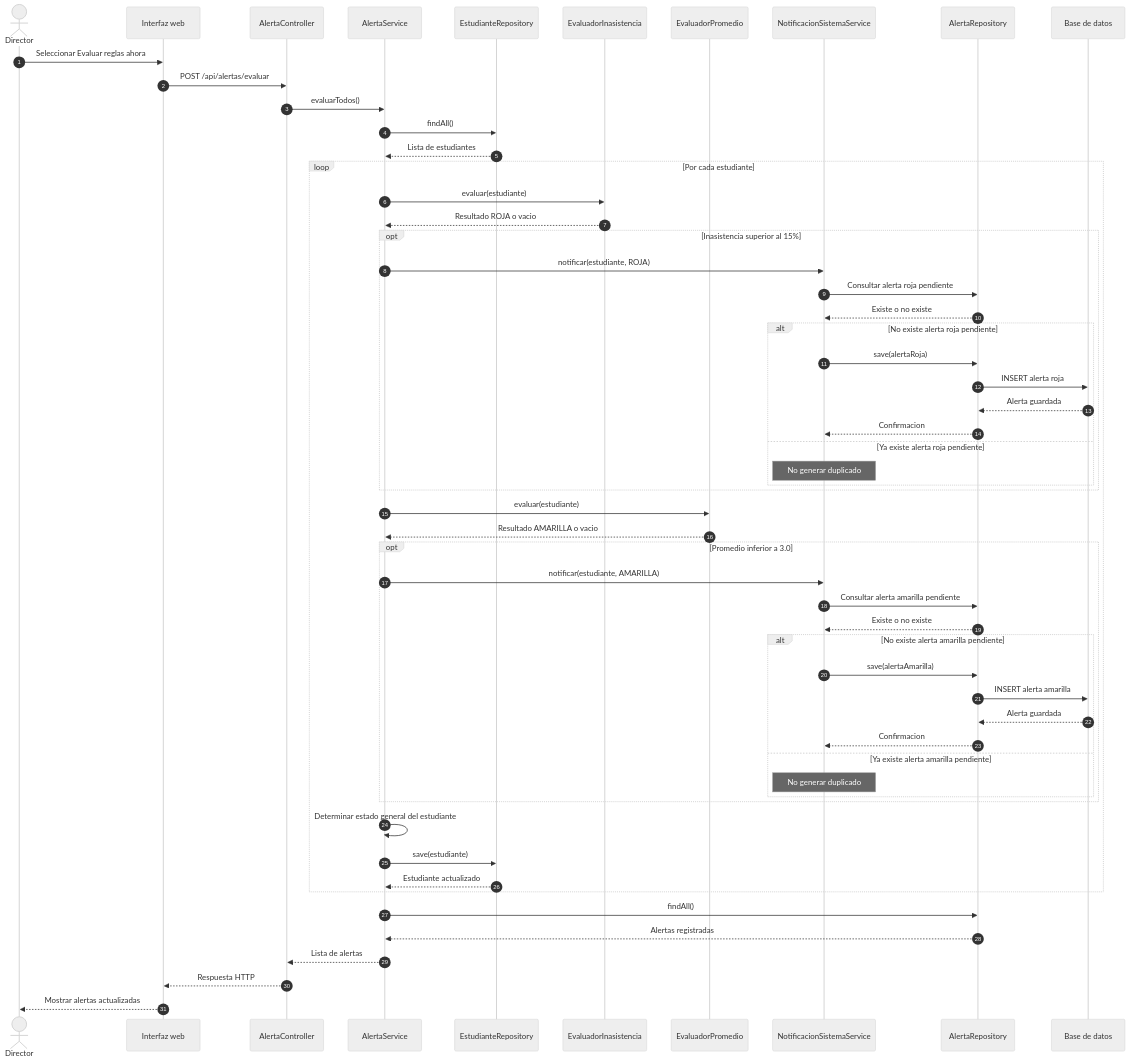
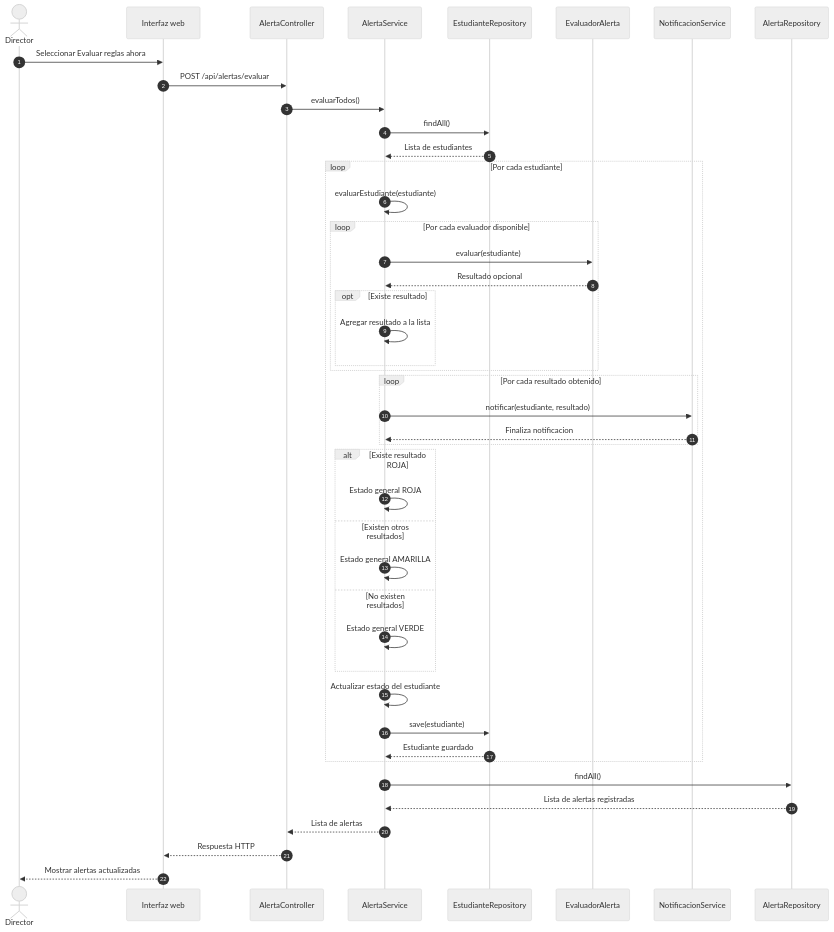
Before and after one commit to darwinvf2765/SATE-UNIAJC: the sixth of 9 diagrams in docs/secuencia.md, drawn with Mermaid (neutral theme). The commit also changed other lines of this file, not shown here.

Commit message:
docs: actualizar diagramas de secuencia con arquitectura evolutiva de la sesion 13

````diff
--- a/docs/secuencia.md
+++ b/docs/secuencia.md
@@ -18,70 +519,57 @@
 ```mermaid
 sequenceDiagram
     autonumber
 
     actor Director
-    participant Vista as Interfaz web
-    participant Controller as AlertaController
-    participant Gestor as AlertaService
-    participant RepoEst as EstudianteRepository
-    participant EvaluadorRojo as EvaluadorInasistencia
-    participant EvaluadorAmarillo as EvaluadorPromedio
-    participant Notificador as NotificacionSistemaService
-    participant RepoAlerta as AlertaRepository
-    participant BD as Base de datos
+    participant V as Interfaz web
+    participant C as AlertaController
+    participant S as AlertaService
+    participant ER as EstudianteRepository
+    participant EV as EvaluadorAlerta
+    participant N as NotificacionService
+    participant AR as AlertaRepository
 
-    Director->>Vista: Seleccionar Evaluar reglas ahora
-    Vista->>Controller: POST /api/alertas/evaluar
-    Controller->>Gestor: evaluarTodos()
+    Director->>V: Seleccionar Evaluar reglas ahora
+    V->>C: POST /api/alertas/evaluar
+    C->>S: evaluarTodos()
 
-    Gestor->>RepoEst: findAll()
-    RepoEst-->>Gestor: Lista de estudiantes
+    S->>ER: findAll()
+    ER-->>S: Lista de estudiantes
 
     loop Por cada estudiante
-        Gestor->>EvaluadorRojo: evaluar(estudiante)
-        EvaluadorRojo-->>Gestor: Resultado ROJA o vacio
+        S->>S: evaluarEstudiante(estudiante)
 
-        opt Inasistencia superior al 15%
-            Gestor->>Notificador: notificar(estudiante, ROJA)
-            Notificador->>RepoAlerta: Consultar alerta roja pendiente
-            RepoAlerta-->>Notificador: Existe o no existe
+        loop Por cada evaluador disponible
+            S->>EV: evaluar(estudiante)
+            EV-->>S: Resultado opcional
 
-            alt No existe alerta roja pendiente
-                Notificador->>RepoAlerta: save(alertaRoja)
-                RepoAlerta->>BD: INSERT alerta roja
-                BD-->>RepoAlerta: Alerta guardada
-                RepoAlerta-->>Notificador: Confirmacion
-            else Ya existe alerta roja pendiente
-                Note over Notificador: No generar duplicado
+            opt Existe resultado
+                S->>S: Agregar resultado a la lista
             end
         end
 
-        Gestor->>EvaluadorAmarillo: evaluar(estudiante)
-        EvaluadorAmarillo-->>Gestor: Resultado AMARILLA o vacio
-
-        opt Promedio inferior a 3.0
-            Gestor->>Notificador: notificar(estudiante, AMARILLA)
-            Notificador->>RepoAlerta: Consultar alerta amarilla pendiente
-            RepoAlerta-->>Notificador: Existe o no existe
-
-            alt No existe alerta amarilla pendiente
-                Notificador->>RepoAlerta: save(alertaAmarilla)
-                RepoAlerta->>BD: INSERT alerta amarilla
-                BD-->>RepoAlerta: Alerta guardada
-                RepoAlerta-->>Notificador: Confirmacion
-            else Ya existe alerta amarilla pendiente
-                Note over Notificador: No generar duplicado
-            end
+        loop Por cada resultado obtenido
+            S->>N: notificar(estudiante, resultado)
+            N-->>S: Finaliza notificacion
         end
 
-        Gestor->>Gestor: Determinar estado general del estudiante
-        Gestor->>RepoEst: save(estudiante)
-        RepoEst-->>Gestor: Estudiante actualizado
+        alt Existe resultado ROJA
+            S->>S: Estado general ROJA
+        else Existen otros resultados
+            S->>S: Estado general AMARILLA
+        else No existen resultados
+            S->>S: Estado general VERDE
+        end
+
+        S->>S: Actualizar estado del estudiante
+        S->>ER: save(estudiante)
+        ER-->>S: Estudiante guardado
     end
 
-    Gestor->>RepoAlerta: findAll()
-    RepoAlerta-->>Gestor: Alertas registradas
-    Gestor-->>Controller: Lista de alertas
-    Controller-->>Vista: Respuesta HTTP
-    Vista-->>Director: Mostrar alertas actualizadas
+    S->>AR: findAll()
+    AR-->>S: Lista de alertas registradas
+
+    S-->>C: Lista de alertas
+    C-->>V: Respuesta HTTP
+    V-->>Director: Mostrar alertas actualizadas
 ```
````
